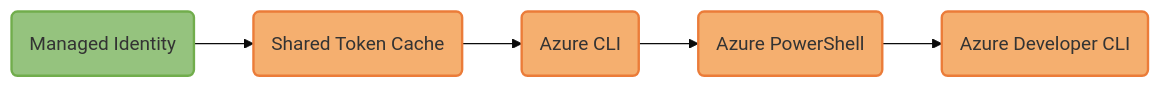
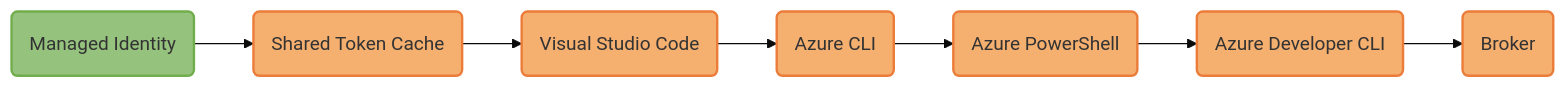
One commit to MicrosoftDocs/azure-dev-docs changed the diagram in articles/python/sdk/mermaidjs/default-azure-credential-excludes.md. Above: the diagram before and after it, drawn with Mermaid. The commit also changed 7 other files, not shown here.

````diff
--- a/articles/python/sdk/mermaidjs/default-azure-credential-excludes.md
+++ b/articles/python/sdk/mermaidjs/default-azure-credential-excludes.md
@@ -1,24 +1,30 @@
 ```mermaid
 %% STEPS TO GENERATE IMAGE
 %% =======================
 %% 1. Install mermaid CLI v10.9.1 (see https://github.com/mermaid-js/mermaid-cli/blob/master/README.md):
 %%    npm i -g @mermaid-js/mermaid-cli@10.9.1
 %% 2. Run command: mmdc -i default-azure-credential-excludes.md -o ../../media/mermaidjs/default-azure-credential-excludes.svg
 
 %%{
   init: {
     'theme': 'base',
     'themeVariables': {
       'tertiaryBorderColor': '#fff',
       'tertiaryColor': '#fff'
     }
   }
 }%%
 
 flowchart LR;
-    C(Managed Identity):::deployed --> D(Shared Token Cache):::developer --> E(Azure CLI):::developer --> F(Azure PowerShell):::developer --> G(Azure Developer CLI):::developer;
+    C(Managed Identity):::deployed -->
+    D(Shared Token Cache):::developer -->
+    E(Visual Studio Code):::developer -->
+    F(Azure CLI):::developer -->
+    G(Azure PowerShell):::developer -->
+    H(Azure Developer CLI):::developer -->
+    I(Broker):::developer;
 
     %% Define styles for credential type boxes
     classDef deployed fill:#95C37E, stroke:#71AD4C, stroke-width:2px;
     classDef developer fill:#F5AF6F, stroke:#EB7C39, stroke-width:2px;
 ```
````
